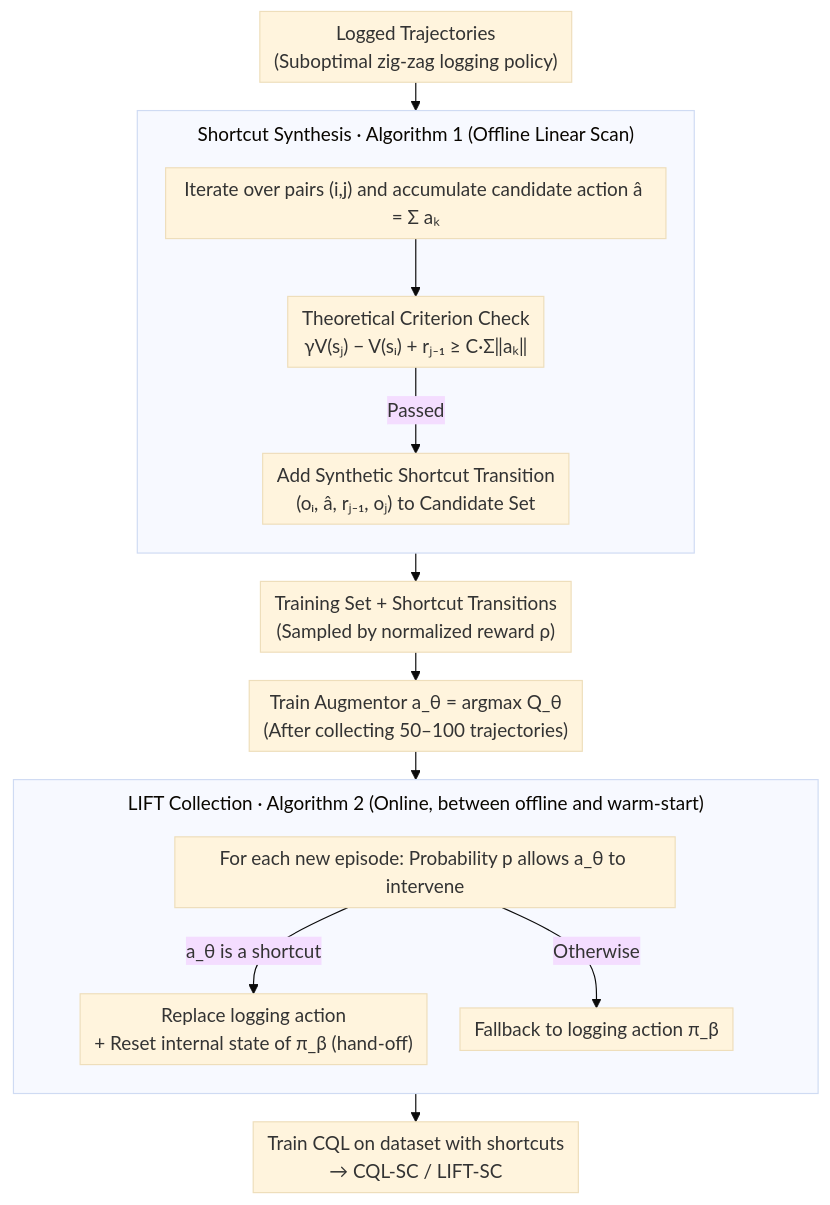
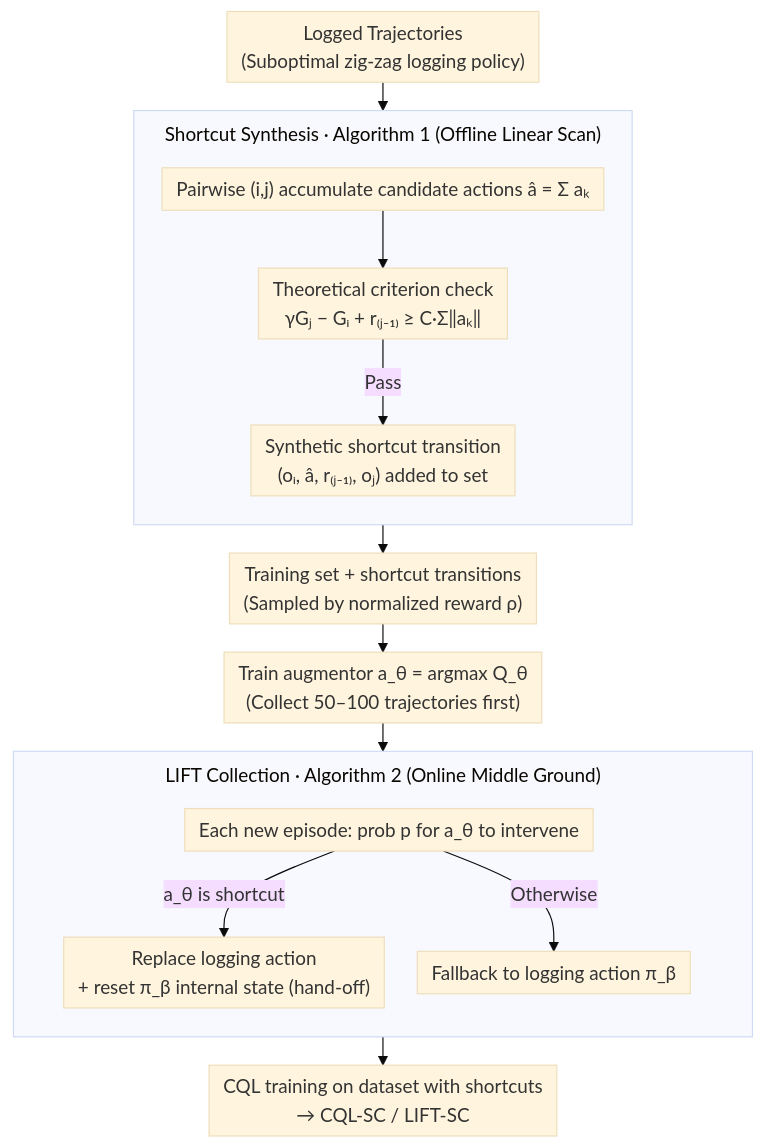
Before and after one commit to zhaoyang97/Paper-Notes-en: the diagram in docs/ICML2026/reinforcement_learning/trajectory-level_data_augmentation_for_offline_reinforcement_learning.md, drawn with Mermaid (base theme). The commit also changed other lines of this file and 5084 other files, not shown here.

````diff
--- a/docs/ICML2026/reinforcement_learning/trajectory-level_data_augmentation_for_offline_reinforcement_learning.md
+++ b/docs/ICML2026/reinforcement_learning/trajectory-level_data_augmentation_for_offline_reinforcement_learning.md
@@ -43,19 +43,19 @@
 ```mermaid
 %%{init: {'flowchart': {'rankSpacing': 24, 'nodeSpacing': 28, 'padding': 6, 'wrappingWidth': 400, 'subGraphTitleMargin': {'top': 8, 'bottom': 16}}}}%%
 flowchart TD
     A["Logged Trajectories<br/>(Suboptimal zig-zag logging policy)"] --> SG1
     subgraph SG1["Shortcut Synthesis · Algorithm 1 (Offline Linear Scan)"]
         direction TB
-        B["Iterate over pairs (i,j) and accumulate candidate action â = Σ aₖ"] --> C["Theoretical Criterion Check<br/>γV(sⱼ) − V(sᵢ) + rⱼ₋₁ ≥ C·Σ‖aₖ‖"]
-        C -->|Passed| D["Add Synthetic Shortcut Transition<br/>(oᵢ, â, rⱼ₋₁, oⱼ) to Candidate Set"]
+        B["Pairwise (i,j) accumulate candidate actions â = Σ aₖ"] --> C["Theoretical criterion check<br/>γGⱼ − Gᵢ + r₍ⱼ₋₁₎ ≥ C·Σ‖aₖ‖"]
+        C -->|Pass| D["Synthetic shortcut transition<br/>(oᵢ, â, r₍ⱼ₋₁₎, oⱼ) added to set"]
     end
-    SG1 --> E["Training Set + Shortcut Transitions<br/>(Sampled by normalized reward ρ)"]
-    E --> F["Train Augmentor a_θ = argmax Q_θ<br/>(After collecting 50–100 trajectories)"]
+    SG1 --> E["Training set + shortcut transitions<br/>(Sampled by normalized reward ρ)"]
+    E --> F["Train augmentor a_θ = argmax Q_θ<br/>(Collect 50–100 trajectories first)"]
     F --> SG2
-    subgraph SG2["LIFT Collection · Algorithm 2 (Online, between offline and warm-start)"]
+    subgraph SG2["LIFT Collection · Algorithm 2 (Online Middle Ground)"]
         direction TB
-        G["For each new episode: Probability p allows a_θ to intervene"] -->|a_θ is a shortcut| H["Replace logging action<br/>+ Reset internal state of π_β (hand-off)"]
+        G["Each new episode: prob p for a_θ to intervene"] -->|a_θ is shortcut| H["Replace logging action<br/>+ reset π_β internal state (hand-off)"]
         G -->|Otherwise| I["Fallback to logging action π_β"]
     end
-    SG2 --> J["Train CQL on dataset with shortcuts<br/>→ CQL-SC / LIFT-SC"]
+    SG2 --> J["CQL training on dataset with shortcuts<br/>→ CQL-SC / LIFT-SC"]
 ```
````
